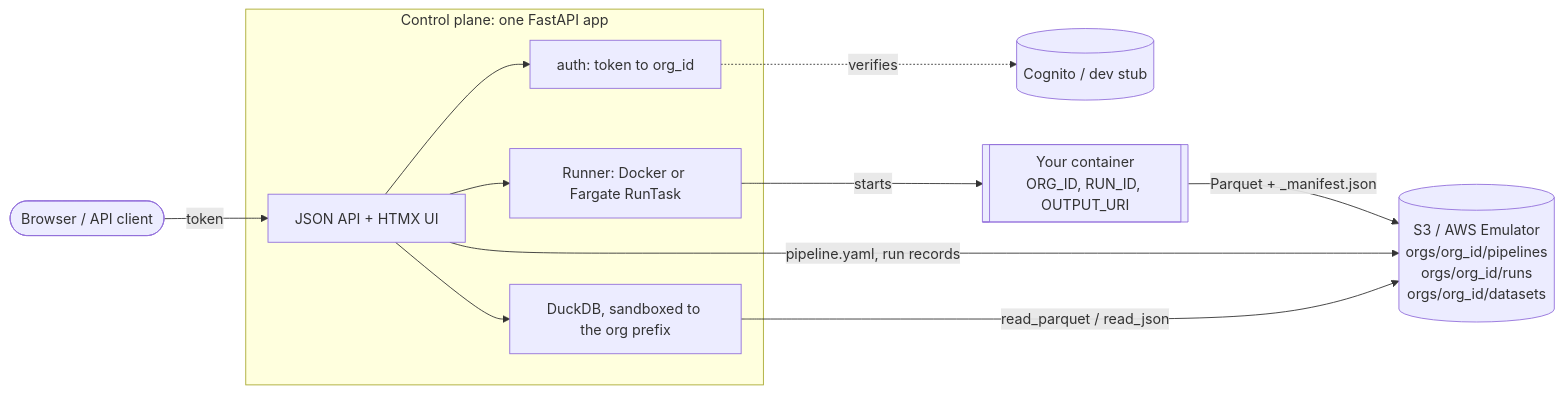
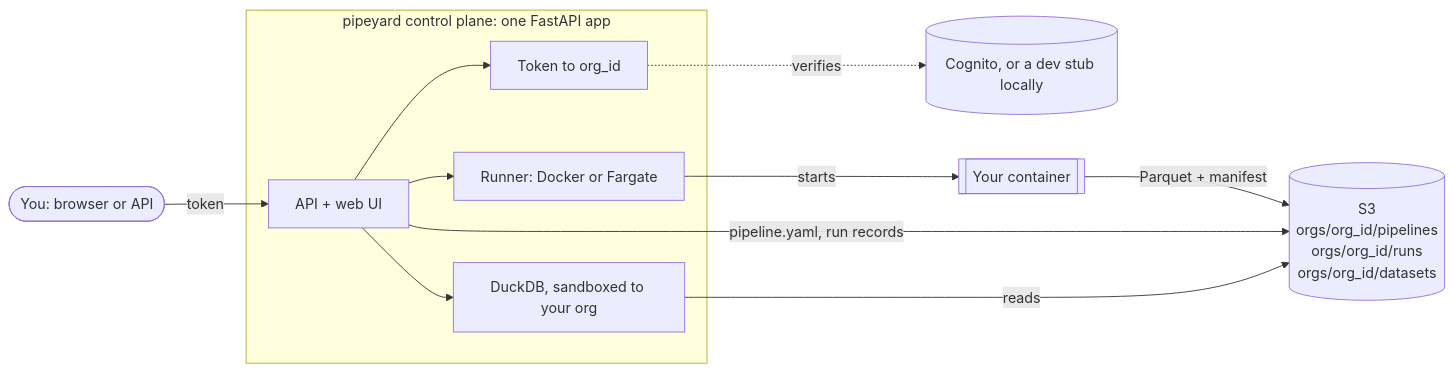
The diagram in README.md (hungovercoders/pipeyard), drawn with Mermaid before and after one commit. The commit also changed other lines of this file and 5 other files, not shown here.

````diff
--- a/README.md
+++ b/README.md
@@ -13,20 +98,20 @@
 ```mermaid
 flowchart LR
-    user([Browser / API client])
-    subgraph cp[Control plane: one FastAPI app]
-        api[JSON API + HTMX UI]
-        auth[auth: token to org_id]
-        query[DuckDB, sandboxed to the org prefix]
-        runner[Runner: Docker or Fargate RunTask]
+    user([You: browser or API])
+    subgraph cp[pipeyard control plane: one FastAPI app]
+        api[API + web UI]
+        auth[Token to org_id]
+        query[DuckDB, sandboxed to your org]
+        runner[Runner: Docker or Fargate]
     end
-    idp[(Cognito / dev stub)]
-    task[[Your container<br/>ORG_ID, RUN_ID, OUTPUT_URI]]
-    s3[(S3 / AWS Emulator<br/>orgs/org_id/pipelines<br/>orgs/org_id/runs<br/>orgs/org_id/datasets)]
+    idp[(Cognito, or a dev stub locally)]
+    task[[Your container]]
+    s3[(S3<br/>orgs/org_id/pipelines<br/>orgs/org_id/runs<br/>orgs/org_id/datasets)]
 
     user -- token --> api
     api --> auth -. verifies .-> idp
     api --> runner -- starts --> task
-    task -- "Parquet + _manifest.json" --> s3
+    task -- "Parquet + manifest" --> s3
     api -- "pipeline.yaml, run records" --> s3
-    api --> query -- "read_parquet / read_json" --> s3
+    api --> query -- reads --> s3
 ```
````
